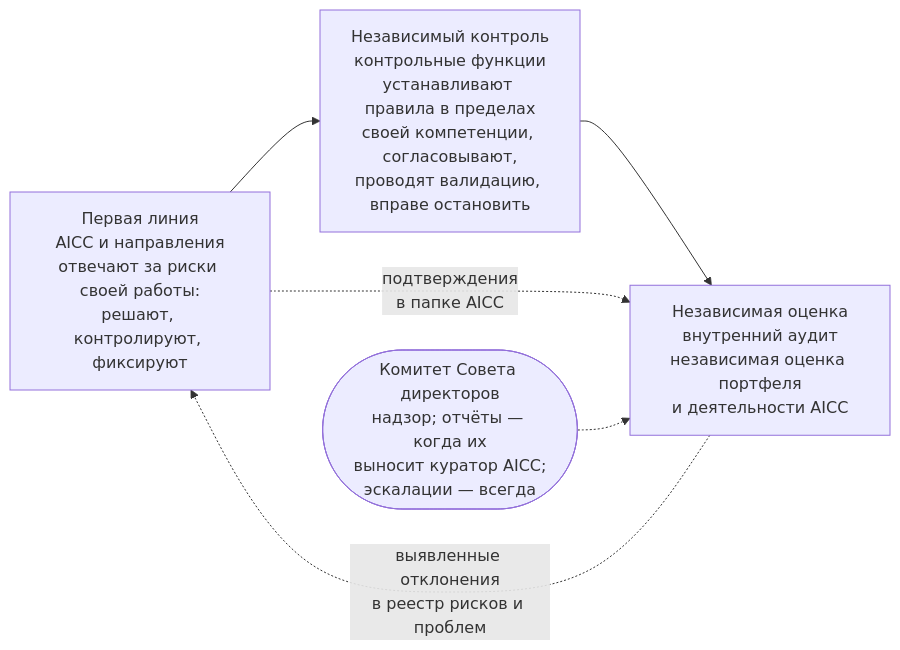
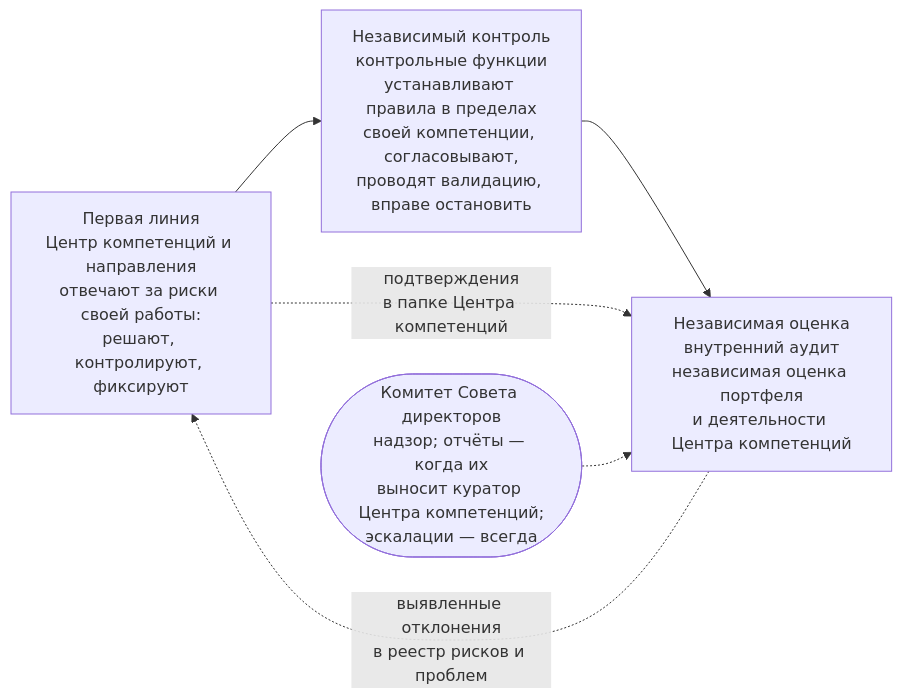
Before and after one commit to devhogu/ob-aicc: the diagram in portal/content/ru/governance/records-evidence-and-assurance.md, drawn with Mermaid. The commit also changed other lines of this file and 1149 other files, not shown here.

````diff
--- a/portal/content/ru/governance/records-evidence-and-assurance.md
+++ b/portal/content/ru/governance/records-evidence-and-assurance.md
@@ -31,8 +31,8 @@
 ```mermaid
 flowchart LR
-  L1["Первая линия<br/>AICC и направления<br/>отвечают за риски своей работы:<br/>решают, контролируют, фиксируют"] --> L2["Независимый контроль<br/>контрольные функции<br/>устанавливают правила в пределах<br/>своей компетенции, согласовывают,<br/>проводят валидацию, вправе остановить"]
-  L2 --> L3["Независимая оценка<br/>внутренний аудит<br/>независимая оценка портфеля<br/>и деятельности AICC"]
-  L1 -.->|"подтверждения<br/>в папке AICC"| L3
+  L1["Первая линия<br/>Центр компетенций и направления<br/>отвечают за риски своей работы:<br/>решают, контролируют, фиксируют"] --> L2["Независимый контроль<br/>контрольные функции<br/>устанавливают правила в пределах<br/>своей компетенции, согласовывают,<br/>проводят валидацию, вправе остановить"]
+  L2 --> L3["Независимая оценка<br/>внутренний аудит<br/>независимая оценка портфеля<br/>и деятельности Центра компетенций"]
+  L1 -.->|"подтверждения<br/>в папке Центра компетенций"| L3
   L3 -.->|"выявленные отклонения<br/>в реестр рисков и проблем"| L1
-  B(["Комитет Совета директоров<br/>надзор; отчёты — когда их<br/>выносит куратор AICC;<br/>эскалации — всегда"]) -.-> L3
+  B(["Комитет Совета директоров<br/>надзор; отчёты — когда их<br/>выносит куратор Центра компетенций;<br/>эскалации — всегда"]) -.-> L3
 ```
````
